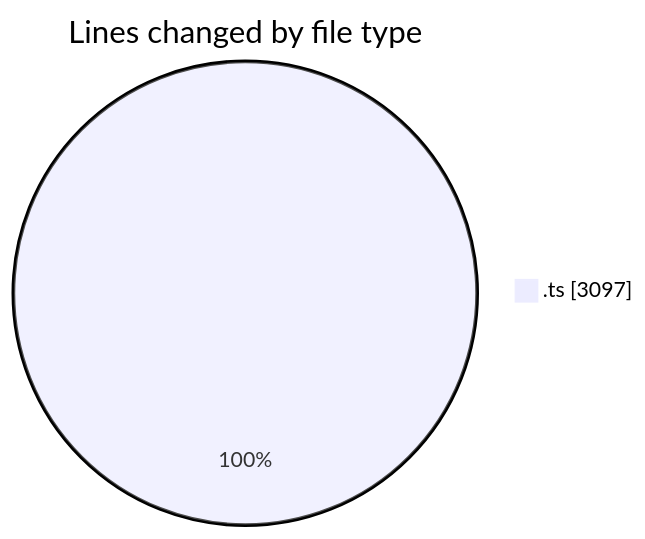
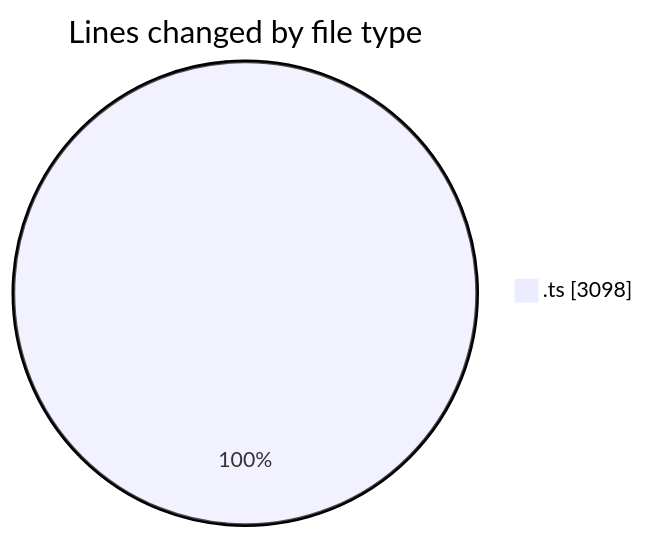
One commit to JenPaints/code-tracking changed the first of 2 diagrams in 2025-07-25/cohera/README.md. Above: the diagram before and after it, drawn with Mermaid. The commit also changed other lines of this file and 1 other file, not shown here.

````diff
--- a/2025-07-25/cohera/README.md
+++ b/2025-07-25/cohera/README.md
@@ -24,5 +24,5 @@
 ```mermaid
 pie showData
 title Lines changed by file type
-".ts" : 3097
+".ts" : 3098
 ```
````
